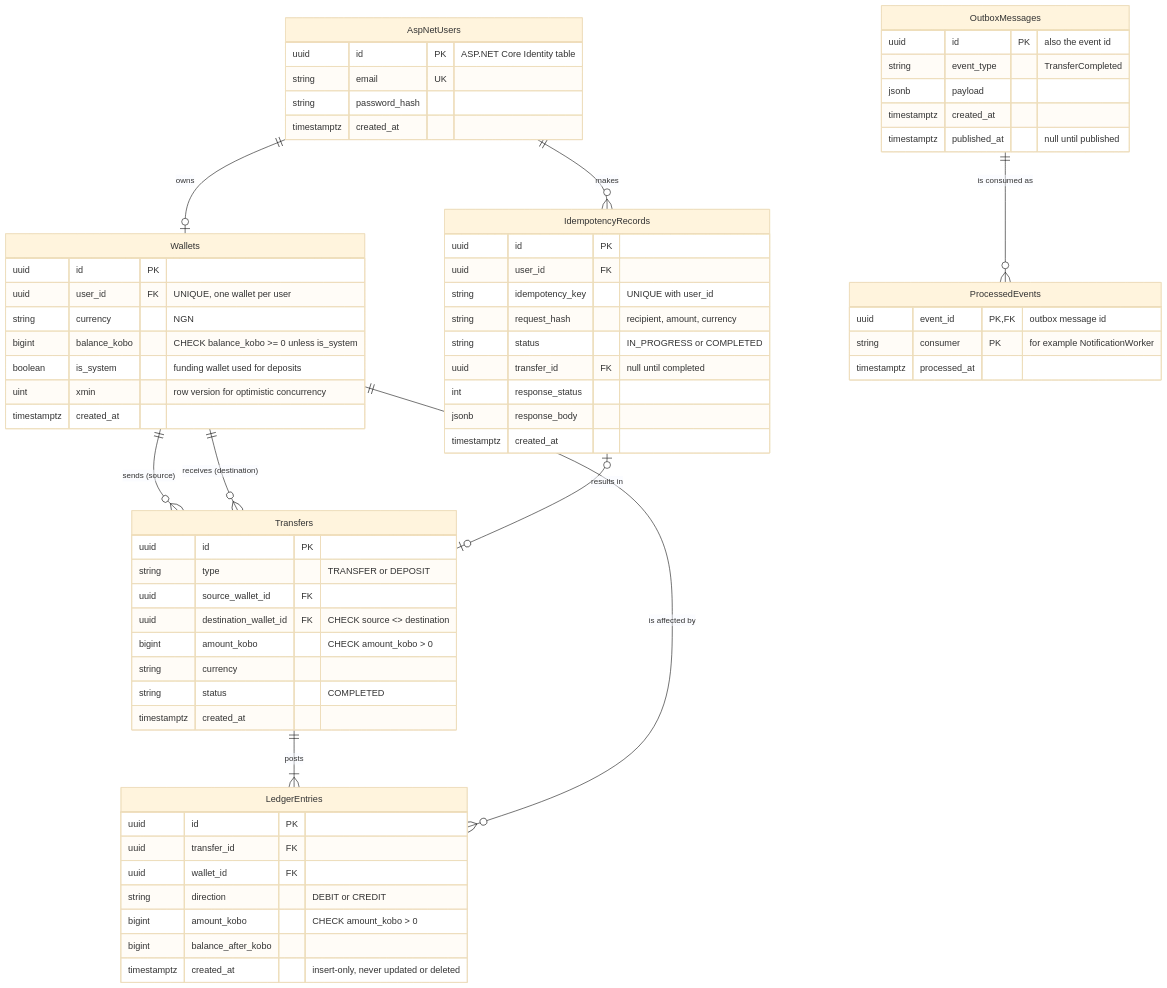
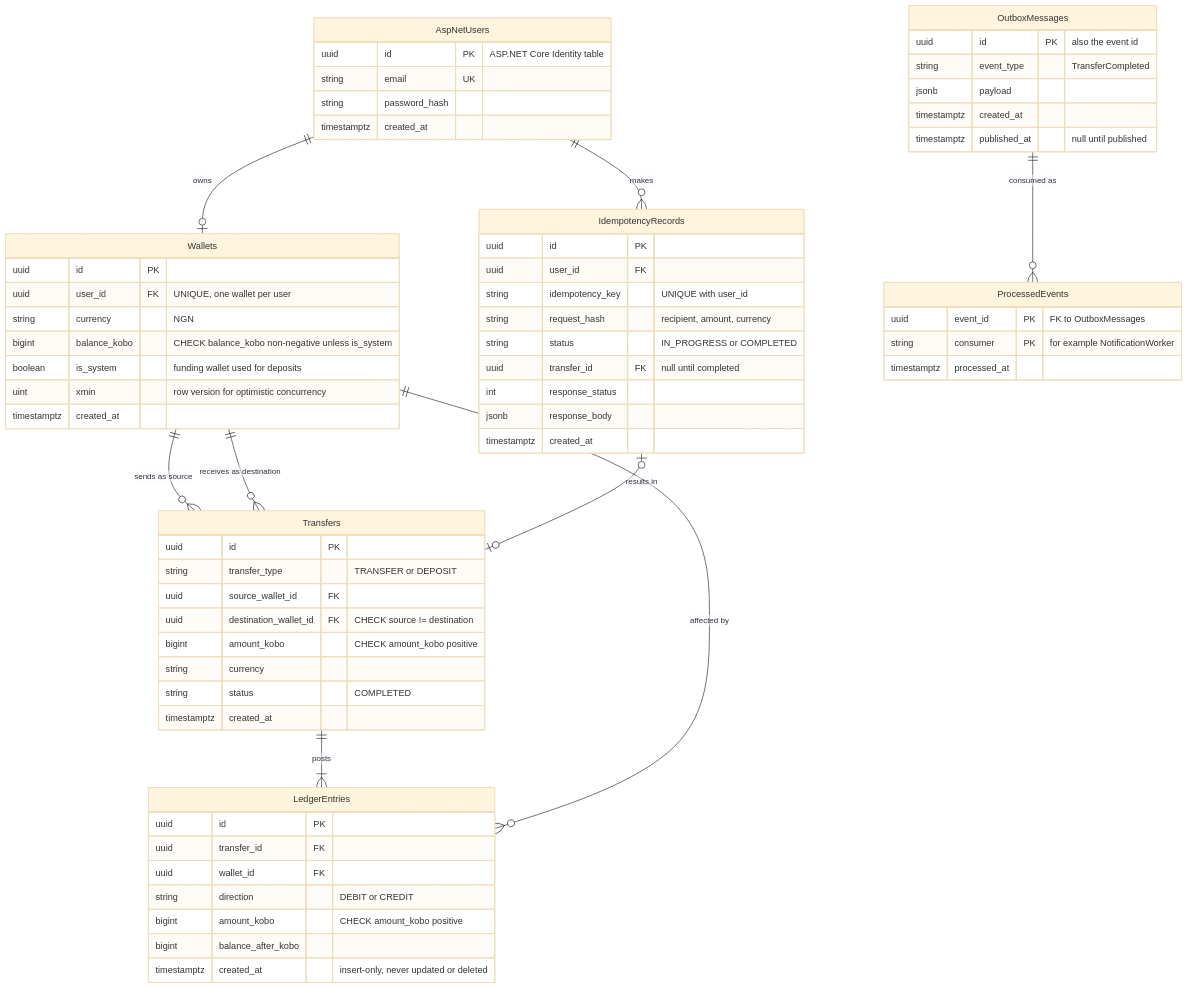
The diagram in README.md (highfrezh/payflow), drawn with Mermaid (base theme) before and after one commit. The commit also changed 1 other file, not shown here.

Commit message:
docs: add data-model documentation and refine ERD schema definitions

````diff
--- a/README.md
+++ b/README.md
@@ -100,75 +100,75 @@
 ```mermaid
 erDiagram
     AspNetUsers ||--o| Wallets : owns
     AspNetUsers ||--o{ IdempotencyRecords : makes
-    Wallets ||--o{ Transfers : "sends (source)"
-    Wallets ||--o{ Transfers : "receives (destination)"
+    Wallets ||--o{ Transfers : "sends as source"
+    Wallets ||--o{ Transfers : "receives as destination"
     Transfers ||--|{ LedgerEntries : posts
-    Wallets ||--o{ LedgerEntries : "is affected by"
+    Wallets ||--o{ LedgerEntries : "affected by"
     IdempotencyRecords |o--o| Transfers : "results in"
-    OutboxMessages ||--o{ ProcessedEvents : "is consumed as"
+    OutboxMessages ||--o{ ProcessedEvents : "consumed as"
 
     AspNetUsers {
         uuid id PK "ASP.NET Core Identity table"
         string email UK
         string password_hash
         timestamptz created_at
     }
 
     Wallets {
         uuid id PK
         uuid user_id FK "UNIQUE, one wallet per user"
         string currency "NGN"
-        bigint balance_kobo "CHECK balance_kobo >= 0 unless is_system"
+        bigint balance_kobo "CHECK balance_kobo non-negative unless is_system"
         boolean is_system "funding wallet used for deposits"
         uint xmin "row version for optimistic concurrency"
         timestamptz created_at
     }
 
     Transfers {
         uuid id PK
-        string type "TRANSFER or DEPOSIT"
+        string transfer_type "TRANSFER or DEPOSIT"
         uuid source_wallet_id FK
-        uuid destination_wallet_id FK "CHECK source <> destination"
-        bigint amount_kobo "CHECK amount_kobo > 0"
+        uuid destination_wallet_id FK "CHECK source != destination"
+        bigint amount_kobo "CHECK amount_kobo positive"
         string currency
         string status "COMPLETED"
         timestamptz created_at
     }
 
     LedgerEntries {
         uuid id PK
         uuid transfer_id FK
         uuid wallet_id FK
         string direction "DEBIT or CREDIT"
-        bigint amount_kobo "CHECK amount_kobo > 0"
+        bigint amount_kobo "CHECK amount_kobo positive"
         bigint balance_after_kobo
         timestamptz created_at "insert-only, never updated or deleted"
     }
 
     IdempotencyRecords {
         uuid id PK
         uuid user_id FK
         string idempotency_key "UNIQUE with user_id"
         string request_hash "recipient, amount, currency"
         string status "IN_PROGRESS or COMPLETED"
         uuid transfer_id FK "null until completed"
         int response_status
         jsonb response_body
         timestamptz created_at
     }
 
     OutboxMessages {
         uuid id PK "also the event id"
         string event_type "TransferCompleted"
         jsonb payload
         timestamptz created_at
         timestamptz published_at "null until published"
     }
 
     ProcessedEvents {
-        uuid event_id PK, FK "outbox message id"
+        uuid event_id PK "FK to OutboxMessages"
         string consumer PK "for example NotificationWorker"
         timestamptz processed_at
     }
 ```
````
